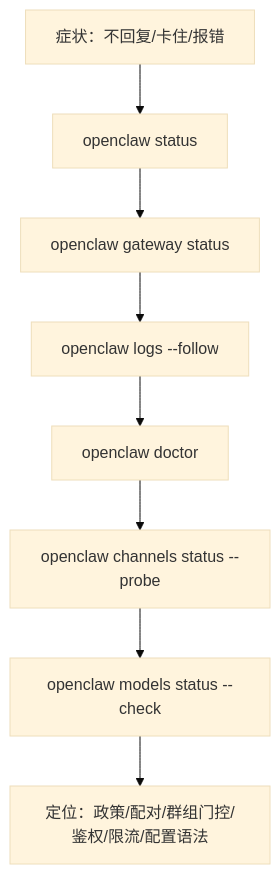
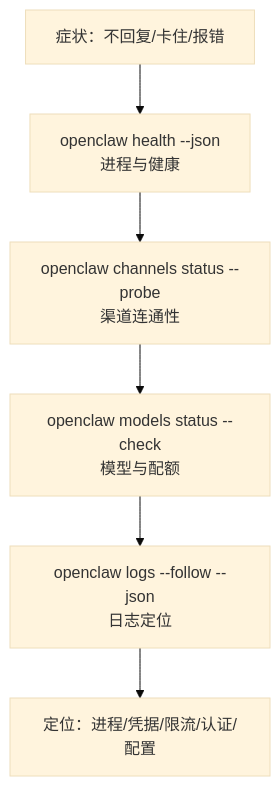
Before and after one commit to yeasy/openclaw_guide: the diagram in 03_minimal_loop/3.2_diagnostics.md, drawn with Mermaid (base theme). The commit also changed other lines of this file and 11 other files, not shown here.

````diff
--- a/03_minimal_loop/3.2_diagnostics.md
+++ b/03_minimal_loop/3.2_diagnostics.md
@@ -18,10 +18,8 @@
 ```mermaid
 flowchart TD
-    Start["症状：不回复/卡住/报错"] --> S1["openclaw status"]
-    S1 --> S2["openclaw gateway status"]
-    S2 --> S3["openclaw logs --follow"]
-    S3 --> S4["openclaw doctor"]
-    S4 --> S5["openclaw channels status --probe"]
-    S5 --> S6["openclaw models status --check"]
-    S6 --> End["定位：政策/配对/群组门控/鉴权/限流/配置语法"]
+    Start["症状：不回复/卡住/报错"] --> S1["openclaw health --json<br/>进程与健康"]
+    S1 --> S2["openclaw channels status --probe<br/>渠道连通性"]
+    S2 --> S3["openclaw models status --check<br/>模型与配额"]
+    S3 --> S4["openclaw logs --follow --json<br/>日志定位"]
+    S4 --> End["定位：进程/凭据/限流/认证/配置"]
 ```
````
